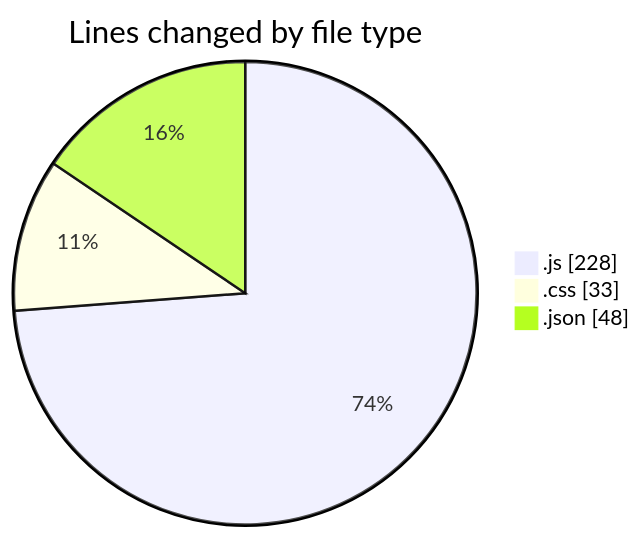
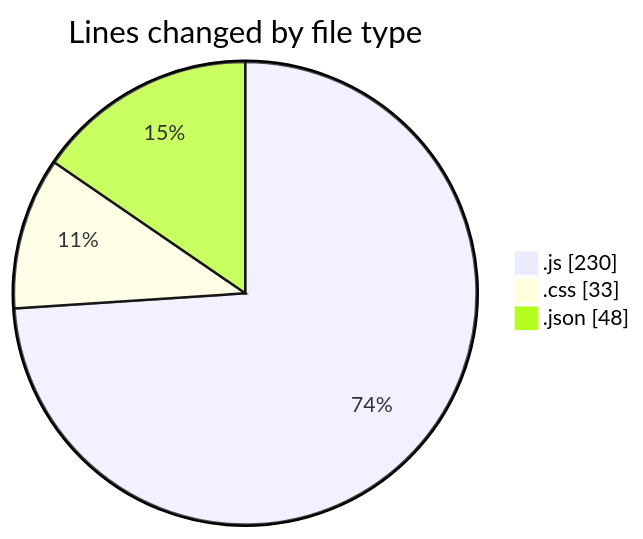
The first of 2 diagrams in 2025-07-18/mern-workoutboard/README.md (Ritupan-Deka/code-tracking), drawn with Mermaid before and after one commit. The commit also changed other lines of this file and 1 other file, not shown here.

````diff
--- a/2025-07-18/mern-workoutboard/README.md
+++ b/2025-07-18/mern-workoutboard/README.md
@@ -25,7 +25,7 @@
 ```mermaid
 pie showData
 title Lines changed by file type
-".js" : 228
+".js" : 230
 ".css" : 33
 ".json" : 48
 ```
````
